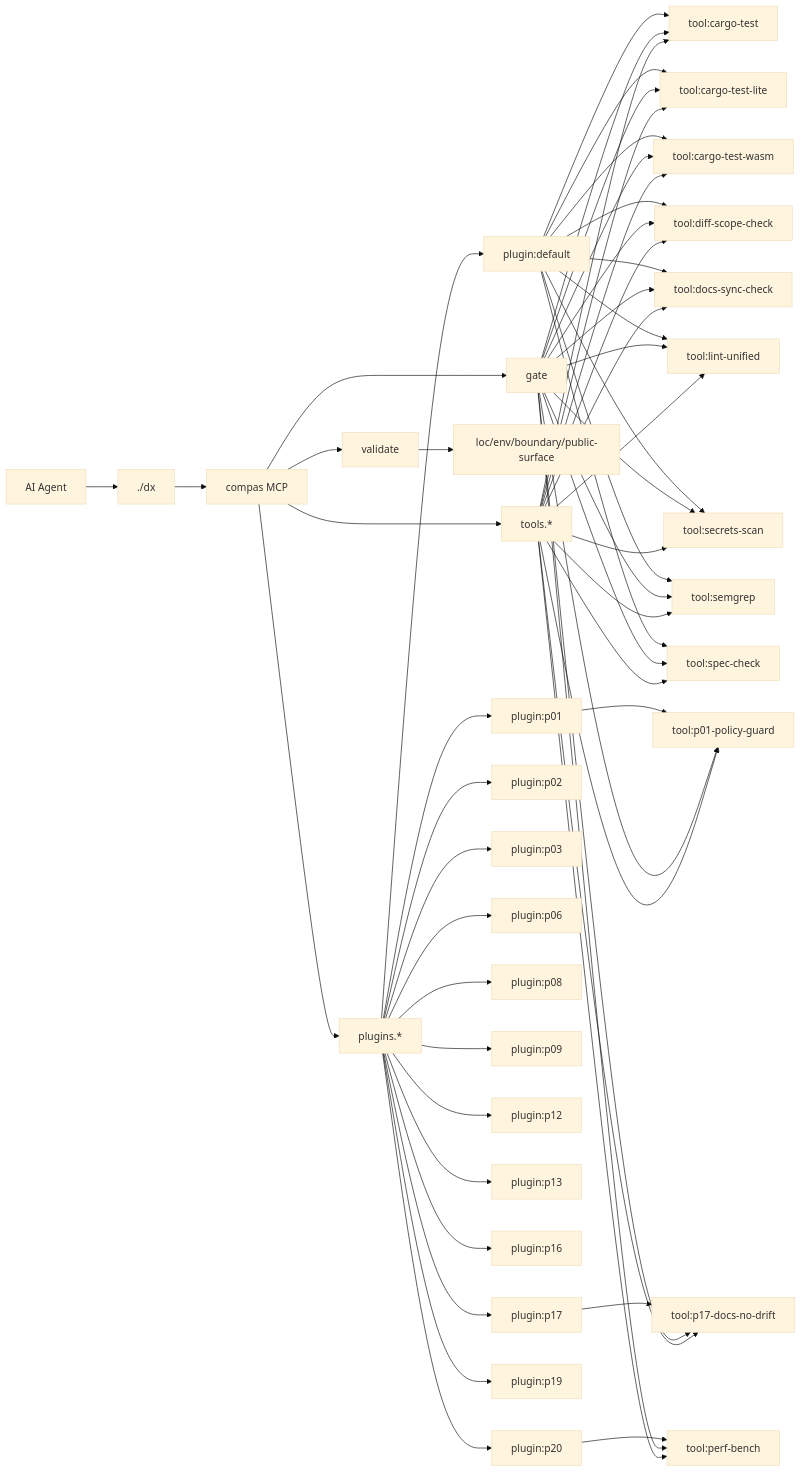
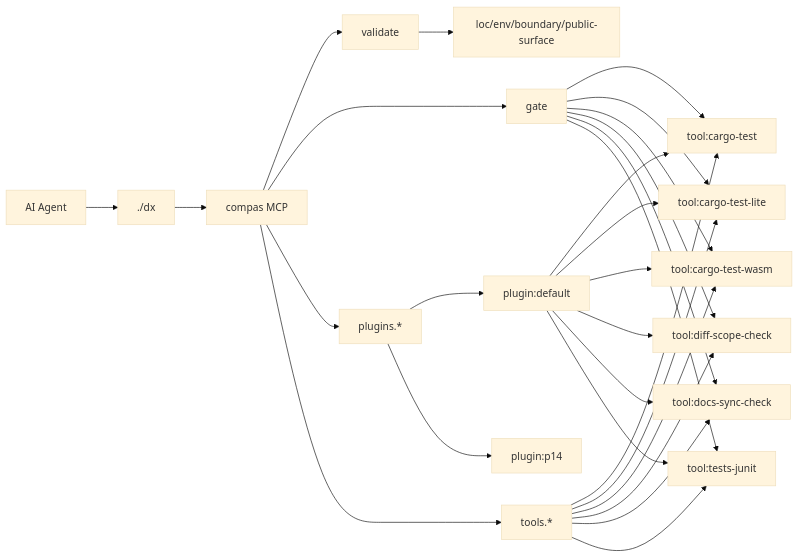
One commit to AmirTlinov/compas changed the diagram in AGENTS.md. Above: the diagram before and after it, drawn with Mermaid (base theme). The commit also changed other lines of this file and 5 other files, not shown here.

Commit message:
feat(p14): add junit-aware tests gate and policy wiring

````diff
--- a/AGENTS.md
+++ b/AGENTS.md
@@ -70,59 +53,30 @@
 ```mermaid
 flowchart LR
   Agent[AI Agent] --> DX[./dx]
   DX --> MCP[compas MCP]
   MCP --> V[validate]
   MCP --> G[gate]
   MCP --> PL[plugins.*]
   MCP --> TL[tools.*]
   V --> C1[loc/env/boundary/public-surface]
   PL --> P_default["plugin:default"]
   P_default --> T_cargo_test["tool:cargo-test"]
   G --> T_cargo_test
   P_default --> T_cargo_test_lite["tool:cargo-test-lite"]
   G --> T_cargo_test_lite
   P_default --> T_cargo_test_wasm["tool:cargo-test-wasm"]
   G --> T_cargo_test_wasm
   P_default --> T_diff_scope_check["tool:diff-scope-check"]
   G --> T_diff_scope_check
   P_default --> T_docs_sync_check["tool:docs-sync-check"]
   G --> T_docs_sync_check
-  P_default --> T_lint_unified["tool:lint-unified"]
-  G --> T_lint_unified
-  P_default --> T_secrets_scan["tool:secrets-scan"]
-  G --> T_secrets_scan
-  P_default --> T_semgrep["tool:semgrep"]
-  G --> T_semgrep
-  P_default --> T_spec_check["tool:spec-check"]
-  G --> T_spec_check
-  PL --> P_p01["plugin:p01"]
-  P_p01 --> T_p01_policy_guard["tool:p01-policy-guard"]
-  G --> T_p01_policy_guard
-  PL --> P_p02["plugin:p02"]
-  PL --> P_p03["plugin:p03"]
-  PL --> P_p06["plugin:p06"]
-  PL --> P_p08["plugin:p08"]
-  PL --> P_p09["plugin:p09"]
-  PL --> P_p12["plugin:p12"]
-  PL --> P_p13["plugin:p13"]
-  PL --> P_p16["plugin:p16"]
-  PL --> P_p17["plugin:p17"]
-  P_p17 --> T_p17_docs_no_drift["tool:p17-docs-no-drift"]
-  G --> T_p17_docs_no_drift
-  PL --> P_p19["plugin:p19"]
-  PL --> P_p20["plugin:p20"]
-  P_p20 --> T_perf_bench["tool:perf-bench"]
-  G --> T_perf_bench
+  P_default --> T_tests_junit["tool:tests-junit"]
+  G --> T_tests_junit
+  PL --> P_p14["plugin:p14"]
   TL --> T_cargo_test
   TL --> T_cargo_test_lite
   TL --> T_cargo_test_wasm
   TL --> T_diff_scope_check
   TL --> T_docs_sync_check
-  TL --> T_lint_unified
-  TL --> T_p01_policy_guard
-  TL --> T_p17_docs_no_drift
-  TL --> T_perf_bench
-  TL --> T_secrets_scan
-  TL --> T_semgrep
-  TL --> T_spec_check
+  TL --> T_tests_junit
 ```
````
